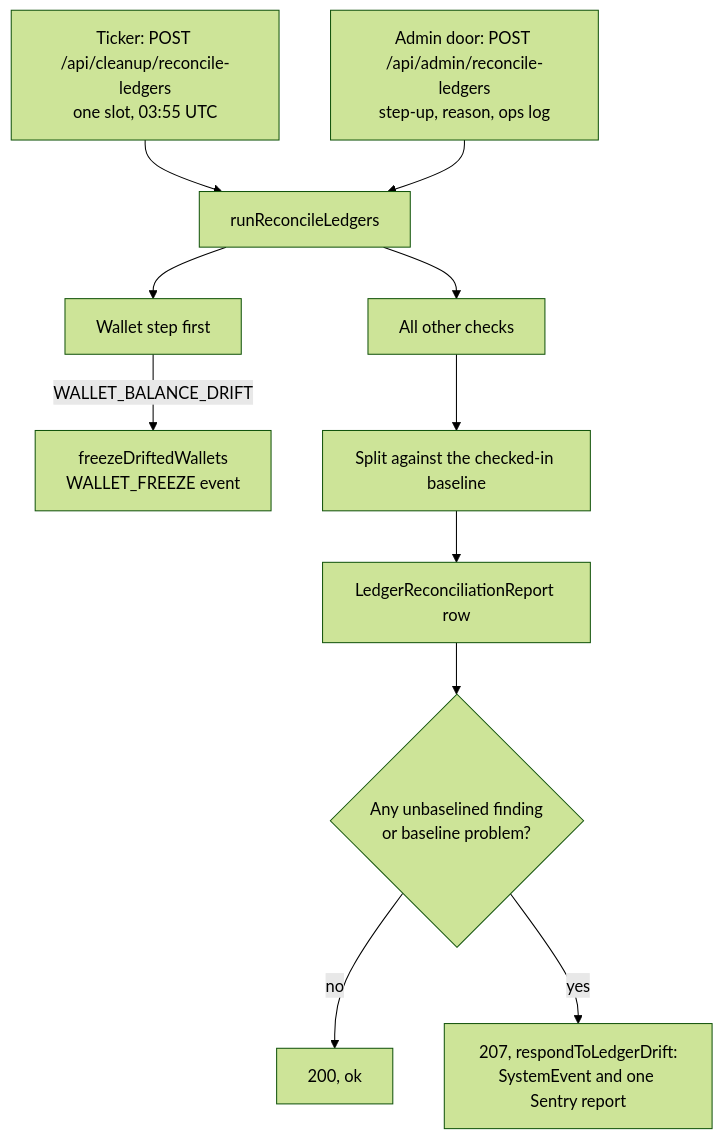
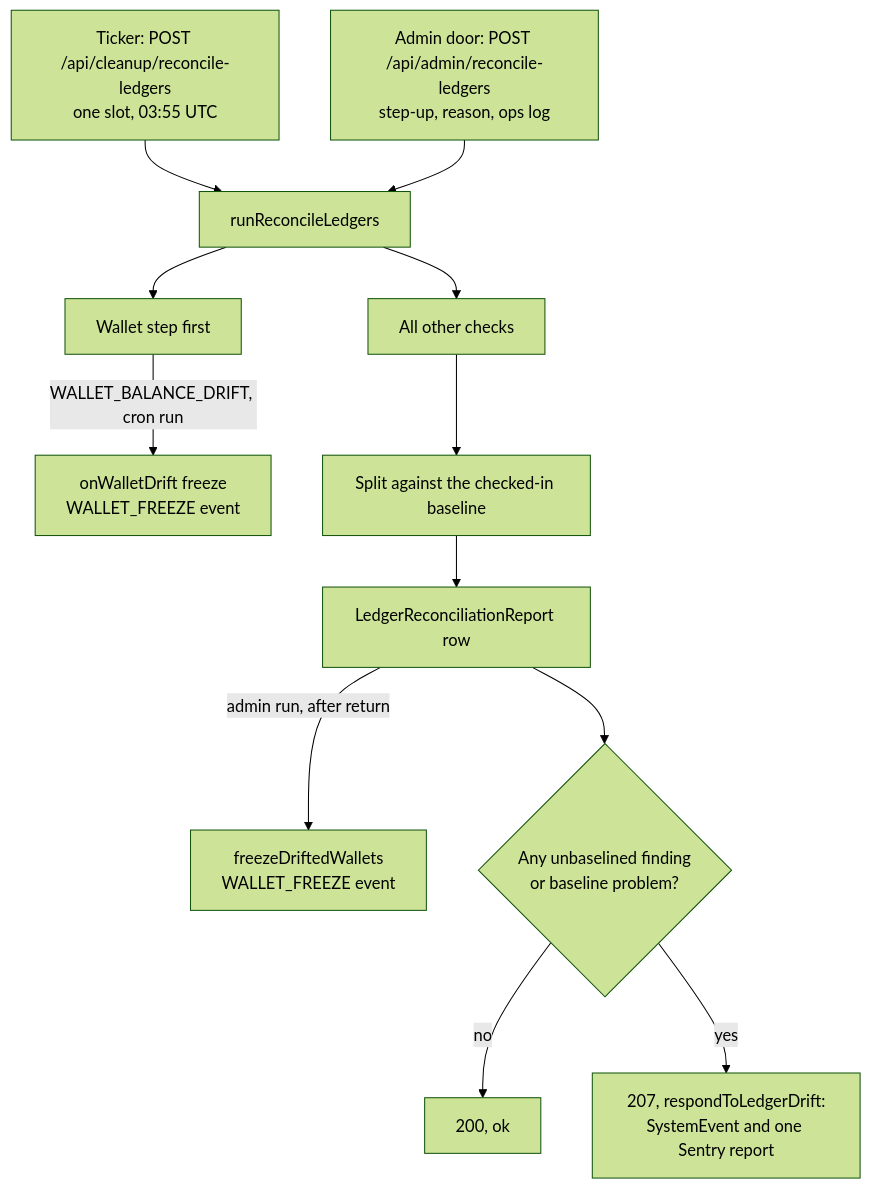
Before and after one commit to Practitionist/familiarise_web: the diagram in docs/finance/20-ledger/06-integrity-and-reconciliation.md, drawn with Mermaid (forest theme). The commit also changed other lines of this file and 11 other files, not shown here.

````diff
--- a/docs/finance/20-ledger/06-integrity-and-reconciliation.md
+++ b/docs/finance/20-ledger/06-integrity-and-reconciliation.md
@@ -61,13 +61,14 @@
 ```mermaid
 flowchart TD
   CRON["Ticker: POST /api/cleanup/reconcile-ledgers<br/>one slot, 03:55 UTC"] --> RUN["runReconcileLedgers"]
   ADMIN["Admin door: POST /api/admin/reconcile-ledgers<br/>step-up, reason, ops log"] --> RUN
   RUN --> W["Wallet step first"]
-  W -->|"WALLET_BALANCE_DRIFT"| FRZ["freezeDriftedWallets<br/>WALLET_FREEZE event"]
+  W -->|"WALLET_BALANCE_DRIFT, cron run"| FRZ["onWalletDrift freeze<br/>WALLET_FREEZE event"]
+  REP -->|"admin run, after return"| AFRZ["freezeDriftedWallets<br/>WALLET_FREEZE event"]
   RUN --> REST["All other checks"]
   REST --> BL["Split against the checked-in baseline"]
   BL --> REP["LedgerReconciliationReport row"]
   REP --> OK{"Any unbaselined finding<br/>or baseline problem?"}
   OK -- no --> G["200, ok"]
   OK -- yes --> P["207, respondToLedgerDrift:<br/>SystemEvent and one Sentry report"]
 ```
````
